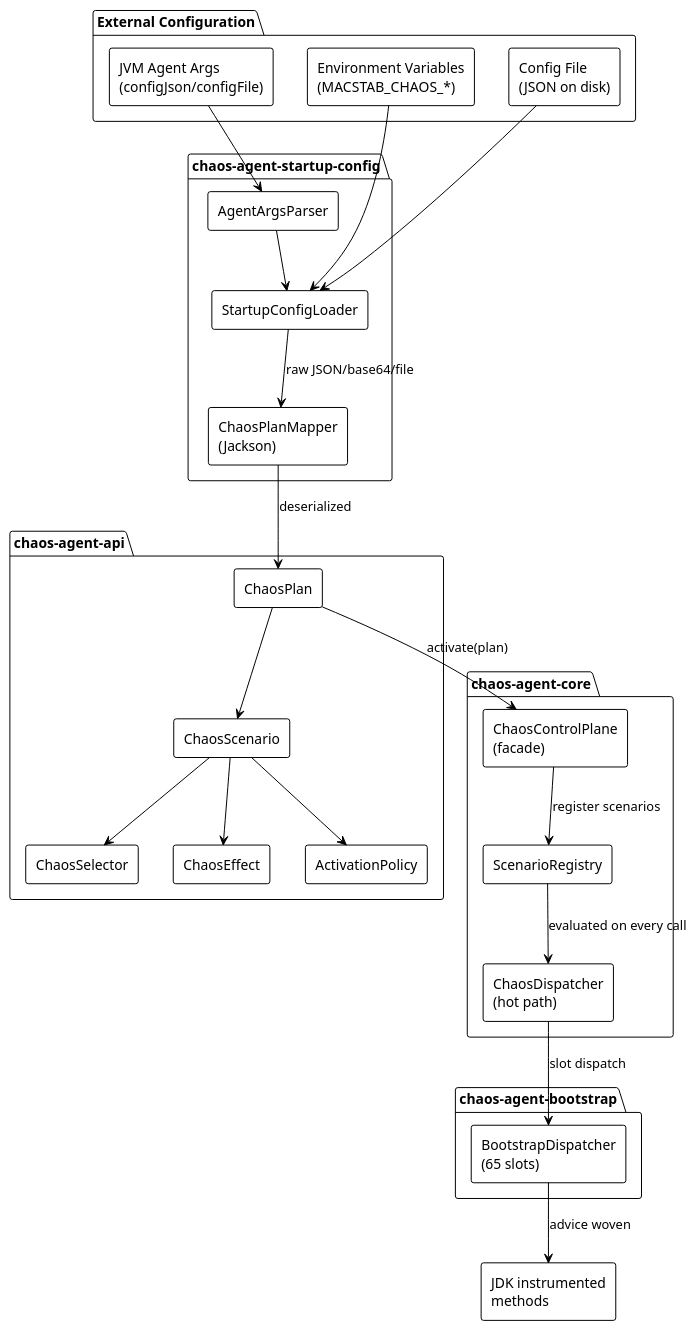
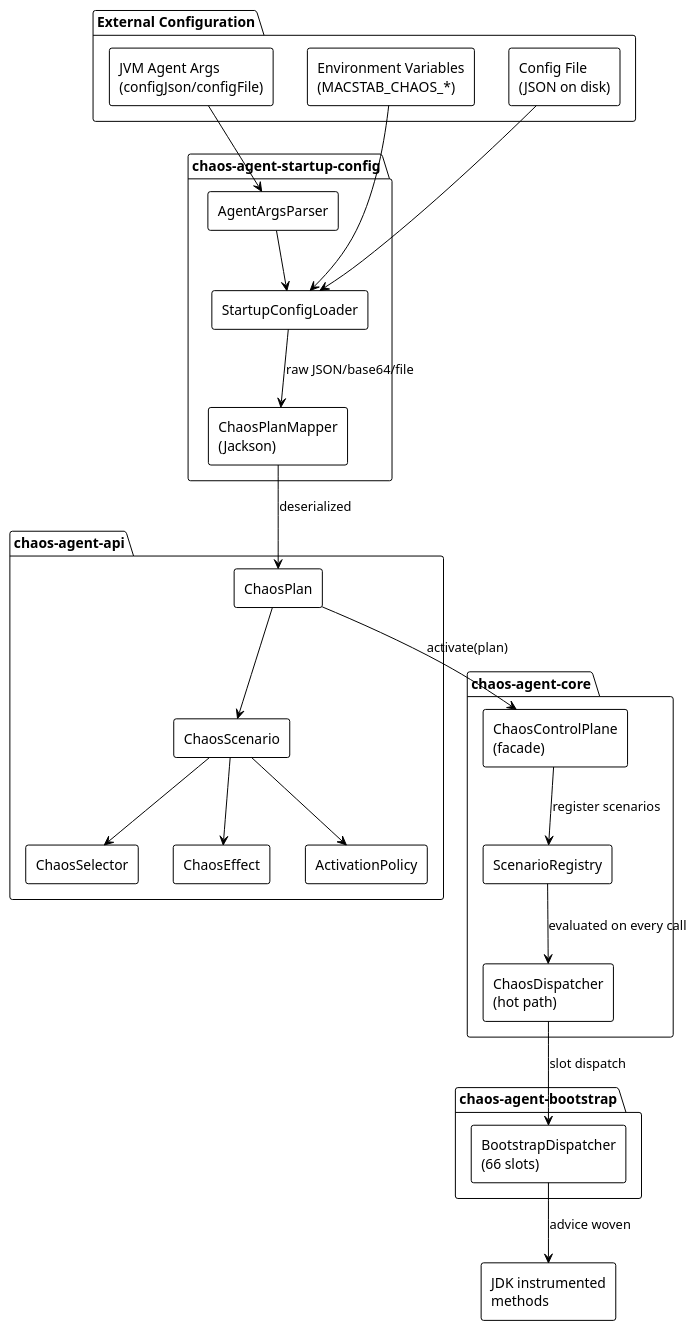
Before and after one commit to macstab/macstab-chaos-jvm-agent: the first of 2 diagrams in docs/configuration-reference.md, drawn with PlantUML. The commit also changed other lines of this file and 23 other files, not shown here.

````diff
--- a/docs/configuration-reference.md
+++ b/docs/configuration-reference.md
@@ -246,52 +246,52 @@
 ```plantuml
 @startuml chaos-config-components
 !theme plain
 skinparam componentStyle rectangle
 
 package "External Configuration" {
   [JVM Agent Args\n(configJson/configFile)] as AgentArgs
   [Environment Variables\n(MACSTAB_CHAOS_*)] as EnvVars
   [Config File\n(JSON on disk)] as ConfigFile
 }
 
 package "chaos-agent-startup-config" {
   [StartupConfigLoader] as SCL
   [AgentArgsParser] as AAP
   [ChaosPlanMapper\n(Jackson)] as CPM
 }
 
 package "chaos-agent-api" {
   [ChaosPlan] as Plan
   [ChaosScenario] as Scenario
   [ChaosSelector] as Selector
   [ChaosEffect] as Effect
   [ActivationPolicy] as Policy
 }
 
 package "chaos-agent-core" {
   [ChaosControlPlane\n(facade)] as CCP
   [ScenarioRegistry] as SR
   [ChaosDispatcher\n(hot path)] as CD
 }
 
 package "chaos-agent-bootstrap" {
-  [BootstrapDispatcher\n(65 slots)] as BD
+  [BootstrapDispatcher\n(66 slots)] as BD
 }
 
 AgentArgs --> AAP
 EnvVars --> SCL
 ConfigFile --> SCL
 AAP --> SCL
 SCL --> CPM : raw JSON/base64/file
 CPM --> Plan : deserialized
 Plan --> Scenario
 Scenario --> Selector
 Scenario --> Effect
 Scenario --> Policy
 Plan --> CCP : activate(plan)
 CCP --> SR : register scenarios
 SR --> CD : evaluated on every call
 CD --> BD : slot dispatch
 BD --> [JDK instrumented\nmethods] : advice woven
 @enduml
 ```
````
